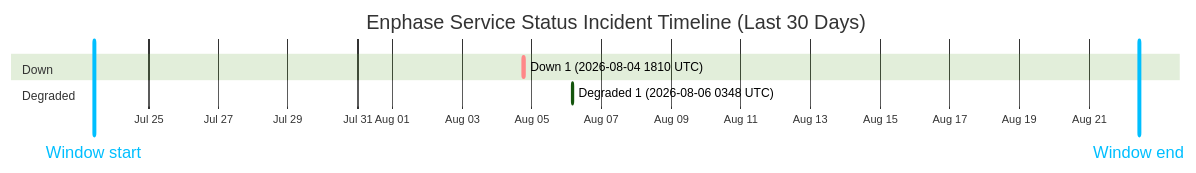
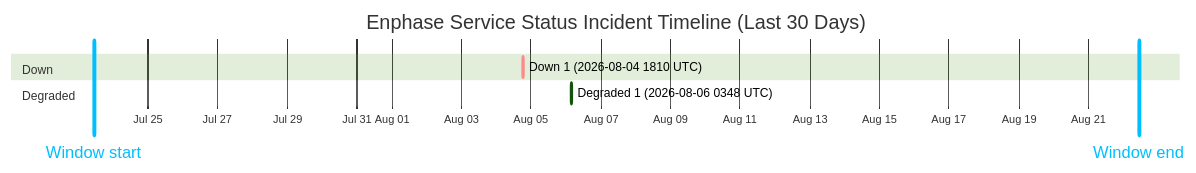
Before and after one commit to barneyonline/ha-enphase-energy: the diagram in wiki/Service-Status-History.md, drawn with Mermaid (forest theme). The commit also changed other lines of this file and 3 other files, not shown here.

````diff
--- a/wiki/Service-Status-History.md
+++ b/wiki/Service-Status-History.md
@@ -14,12 +14,12 @@
 ```mermaid
 gantt
     title Enphase Service Status Incident Timeline (Last 30 Days)
     dateFormat  YYYY-MM-DDTHH:mm:ss
     axisFormat  %b %d
-    Window start :vert, window-start, 2026-07-23T10:20:50, 0ms
-    Window end :vert, window-end, 2026-08-22T10:20:50, 0ms
+    Window start :vert, window-start, 2026-07-23T10:48:46, 0ms
+    Window end :vert, window-end, 2026-08-22T10:48:46, 0ms
     section Down
     Down 1 (2026-08-04 1810 UTC) :crit, down-1, 2026-08-04T18:10:46, 60m
     section Degraded
     Degraded 1 (2026-08-06 0348 UTC) :active, degraded-1, 2026-08-06T03:48:14, 60m
 ```
````
